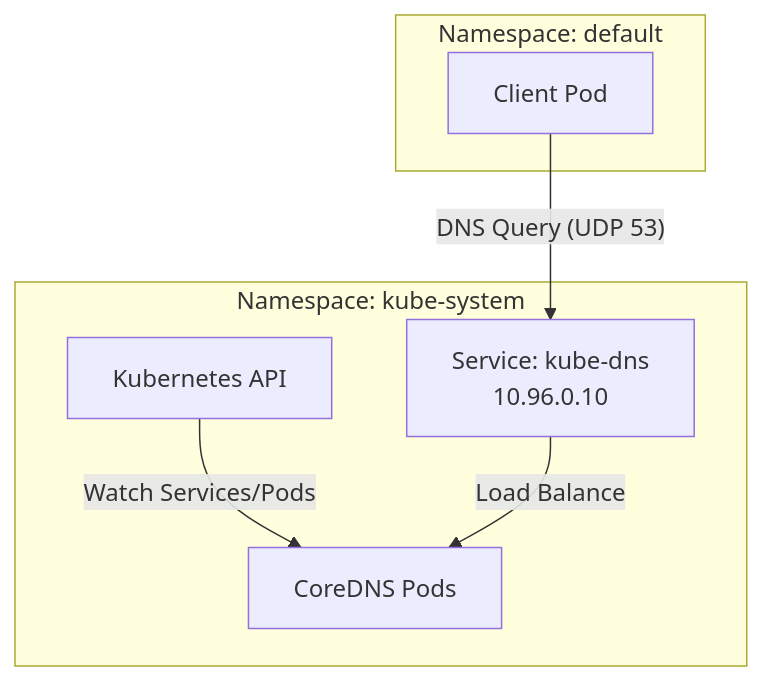
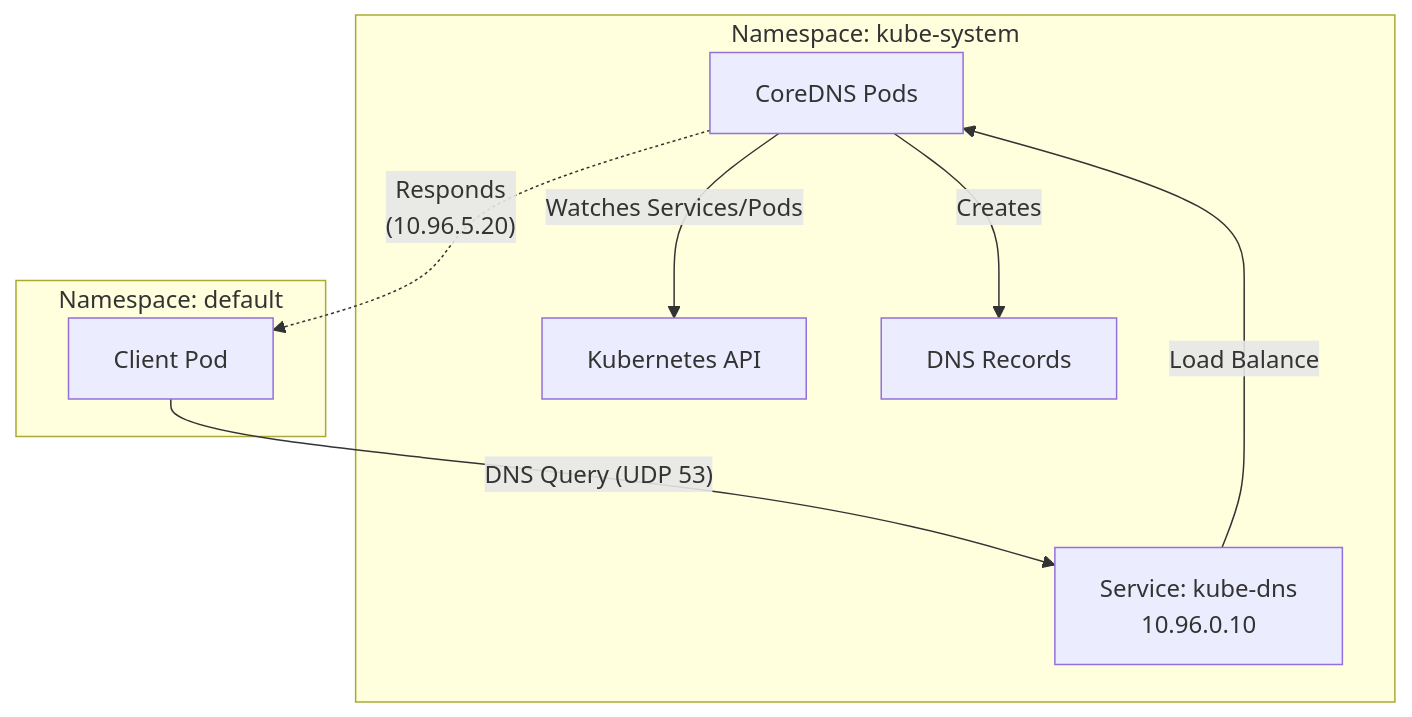
Before and after one commit to SRodi/srodi.github.io: the first of 4 diagrams in _posts/2025-10-11-kubernetes-networking-series-part-4.md, drawn with Mermaid. The commit also changed other lines of this file and 4 other files, not shown here.

````diff
--- a/_posts/2025-10-11-kubernetes-networking-series-part-4.md
+++ b/_posts/2025-10-11-kubernetes-networking-series-part-4.md
@@ -42,16 +42,19 @@
 ```mermaid
 graph TB
     subgraph KubeSystem [Namespace: kube-system]
         API[Kubernetes API]
         CoreDNS[CoreDNS Pods]
+        Records[DNS Records]
         Svc[Service: kube-dns<br>10.96.0.10]
     end
     
     subgraph UserNS [Namespace: default]
         Client[Client Pod]
     end
 
-    API -- "Watch Services/Pods" --> CoreDNS
+    CoreDNS -- "Watches Services/Pods" --> API
+    CoreDNS -- "Creates" --> Records
     Client -- "DNS Query (UDP 53)" --> Svc
     Svc -- "Load Balance" --> CoreDNS
+    CoreDNS -. "Responds<br>(10.96.5.20)" .-> Client
 ```
````
